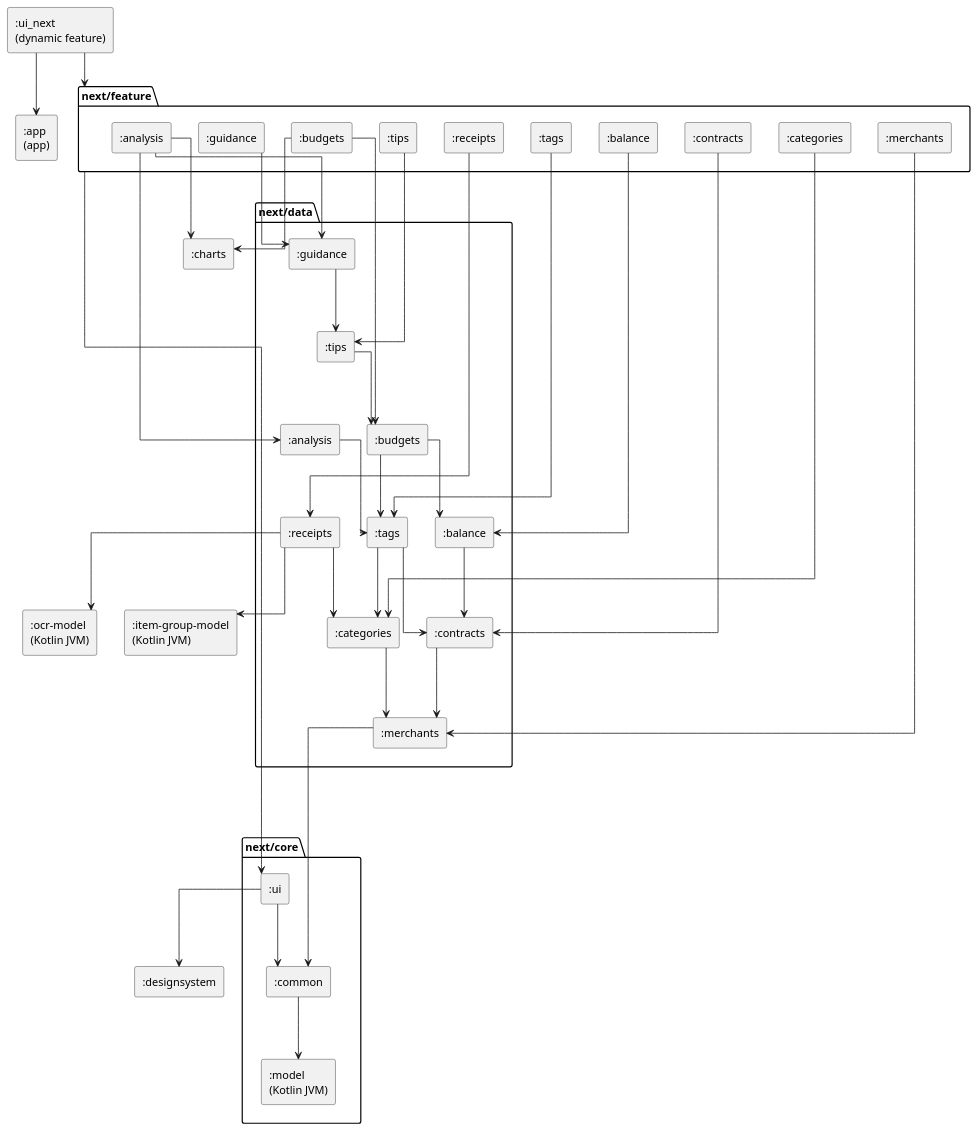
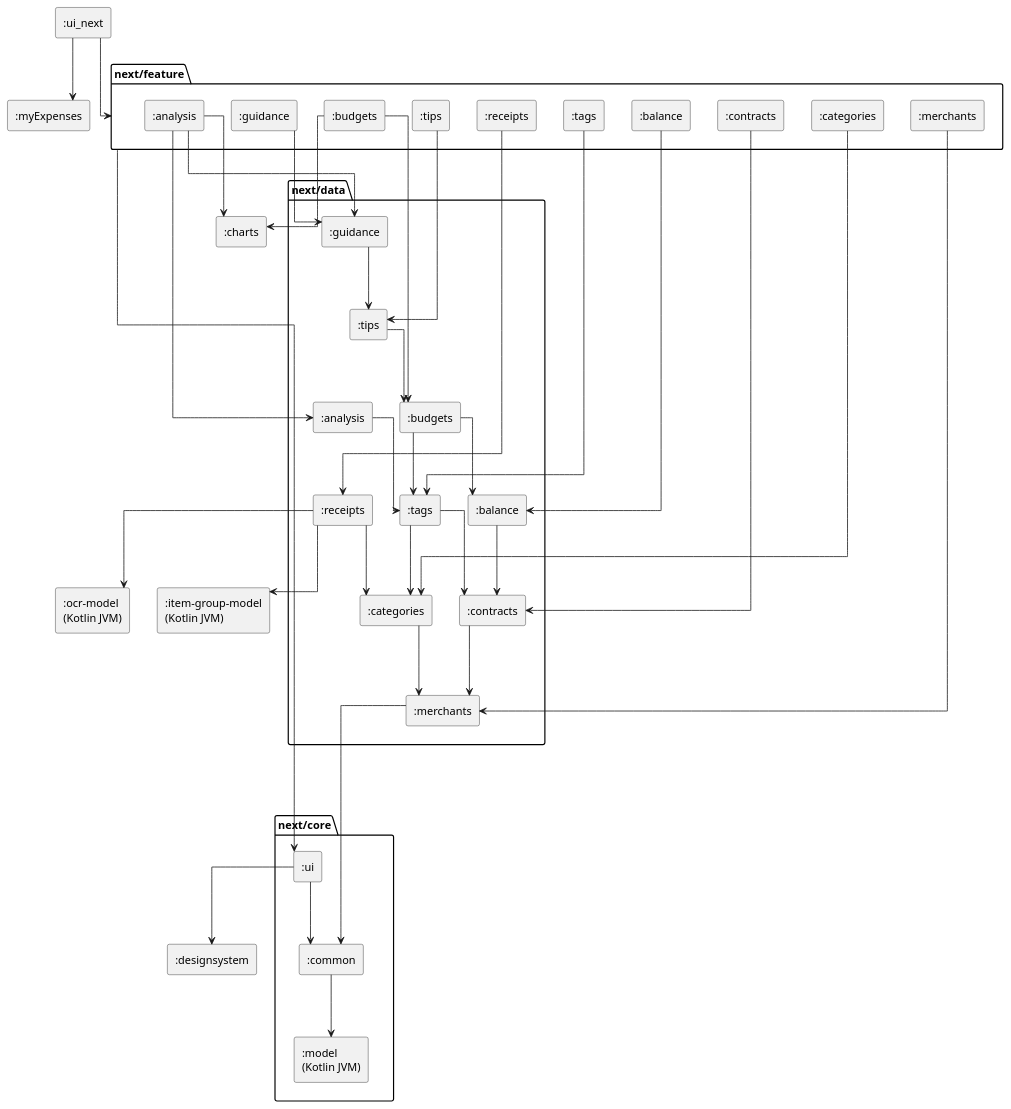
Before and after one commit to castn/MyExpenses: the diagram in ui_next/modules.puml, drawn with PlantUML. The commit also changed 4 other files, not shown here.

First line of the commit message:
Build :ui_next into the app as a library

```diff
--- a/ui_next/modules.puml
+++ b/ui_next/modules.puml
@@ -1,87 +1,87 @@
 @startuml modules
 ' Generated by the task moduleGraph of build-logic (ModuleGraphPlugin), do not edit.
 ' Dependencies between the modules of the new UI, rule `mod-diagram` of ARCHITECTURE.md.
 ' An edge that follows from a longer path is left out.
 ' An edge from or to a package stands for an edge from or to every module in it.
 skinparam componentStyle rectangle
 skinparam linetype ortho
 skinparam ranksep 80
 top to bottom direction
 
-[:app\n(app)] as mApp
 [:charts] as mCharts
 [:designsystem] as mDesignsystem
 [:item-group-model\n(Kotlin JVM)] as mItemGroupModel
+[:myExpenses] as mMyExpenses
 [:ocr-model\n(Kotlin JVM)] as mOcrModel
-[:ui_next\n(dynamic feature)] as mUiNext
+[:ui_next] as mUiNext
 
 package "next/core" as pNextCore {
     [:common] as mNextCoreCommon
     [:model\n(Kotlin JVM)] as mNextCoreModel
     [:ui] as mNextCoreUi
 }
 
 package "next/data" as pNextData {
     [:analysis] as mNextDataAnalysis
     [:balance] as mNextDataBalance
     [:budgets] as mNextDataBudgets
     [:categories] as mNextDataCategories
     [:contracts] as mNextDataContracts
     [:guidance] as mNextDataGuidance
     [:merchants] as mNextDataMerchants
     [:receipts] as mNextDataReceipts
     [:tags] as mNextDataTags
     [:tips] as mNextDataTips
 }
 
 package "next/feature" as pNextFeature {
     [:analysis] as mNextFeatureAnalysis
     [:balance] as mNextFeatureBalance
     [:budgets] as mNextFeatureBudgets
     [:categories] as mNextFeatureCategories
     [:contracts] as mNextFeatureContracts
     [:guidance] as mNextFeatureGuidance
     [:merchants] as mNextFeatureMerchants
     [:receipts] as mNextFeatureReceipts
     [:tags] as mNextFeatureTags
     [:tips] as mNextFeatureTips
 }
 
 ' Layout only
 mNextDataMerchants -[hidden]--> pNextCore
 mNextFeatureTips -[hidden]--> pNextData
 
 mUiNext --> pNextFeature
 pNextFeature --> mNextCoreUi
 mNextCoreCommon --> mNextCoreModel
 mNextCoreUi --> mDesignsystem
 mNextCoreUi --> mNextCoreCommon
 mNextDataAnalysis --> mNextDataTags
 mNextDataBalance --> mNextDataContracts
 mNextDataBudgets --> mNextDataBalance
 mNextDataBudgets --> mNextDataTags
 mNextDataCategories --> mNextDataMerchants
 mNextDataContracts --> mNextDataMerchants
 mNextDataGuidance --> mNextDataTips
 mNextDataMerchants --> mNextCoreCommon
 mNextDataReceipts --> mItemGroupModel
 mNextDataReceipts --> mNextDataCategories
 mNextDataReceipts --> mOcrModel
 mNextDataTags --> mNextDataCategories
 mNextDataTags --> mNextDataContracts
 mNextDataTips --> mNextDataBudgets
 mNextFeatureAnalysis --> mCharts
 mNextFeatureAnalysis --> mNextDataAnalysis
 mNextFeatureAnalysis --> mNextDataGuidance
 mNextFeatureBalance --> mNextDataBalance
 mNextFeatureBudgets --> mCharts
 mNextFeatureBudgets --> mNextDataBudgets
 mNextFeatureCategories --> mNextDataCategories
 mNextFeatureContracts --> mNextDataContracts
 mNextFeatureGuidance --> mNextDataGuidance
 mNextFeatureMerchants --> mNextDataMerchants
 mNextFeatureReceipts --> mNextDataReceipts
 mNextFeatureTags --> mNextDataTags
 mNextFeatureTips --> mNextDataTips
-mUiNext --> mApp
+mUiNext --> mMyExpenses
 @enduml
```
